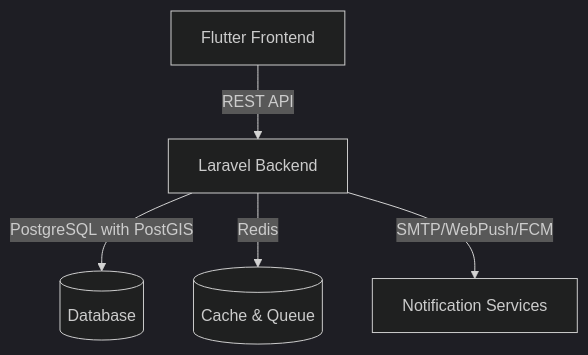
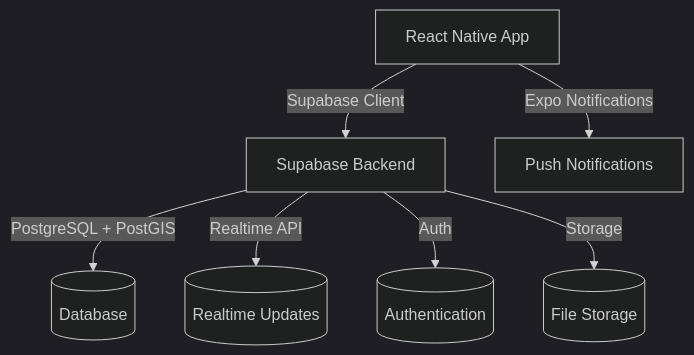
One commit to haziq-dev/alertmy-windsurf changed the diagram in context.md. Above: the diagram before and after it, drawn with Mermaid (dark theme). The commit also changed other lines of this file and 1 other file, not shown here.

````diff
--- a/context.md
+++ b/context.md
@@ -8,7 +8,9 @@
 ```mermaid
 graph TD
-    A[Flutter Frontend] -->|REST API| B[Laravel Backend]
-    B -->|PostgreSQL with PostGIS| C[(Database)]
-    B -->|Redis| D[(Cache & Queue)]
-    B -->|SMTP/WebPush/FCM| E[Notification Services]
+    A[React Native App] -->|Supabase Client| B[Supabase Backend]
+    B -->|PostgreSQL + PostGIS| C[(Database)]
+    B -->|Realtime API| D[(Realtime Updates)]
+    B -->|Auth| E[(Authentication)]
+    B -->|Storage| F[(File Storage)]
+    A -->|Expo Notifications| G[Push Notifications]
 ```
````
